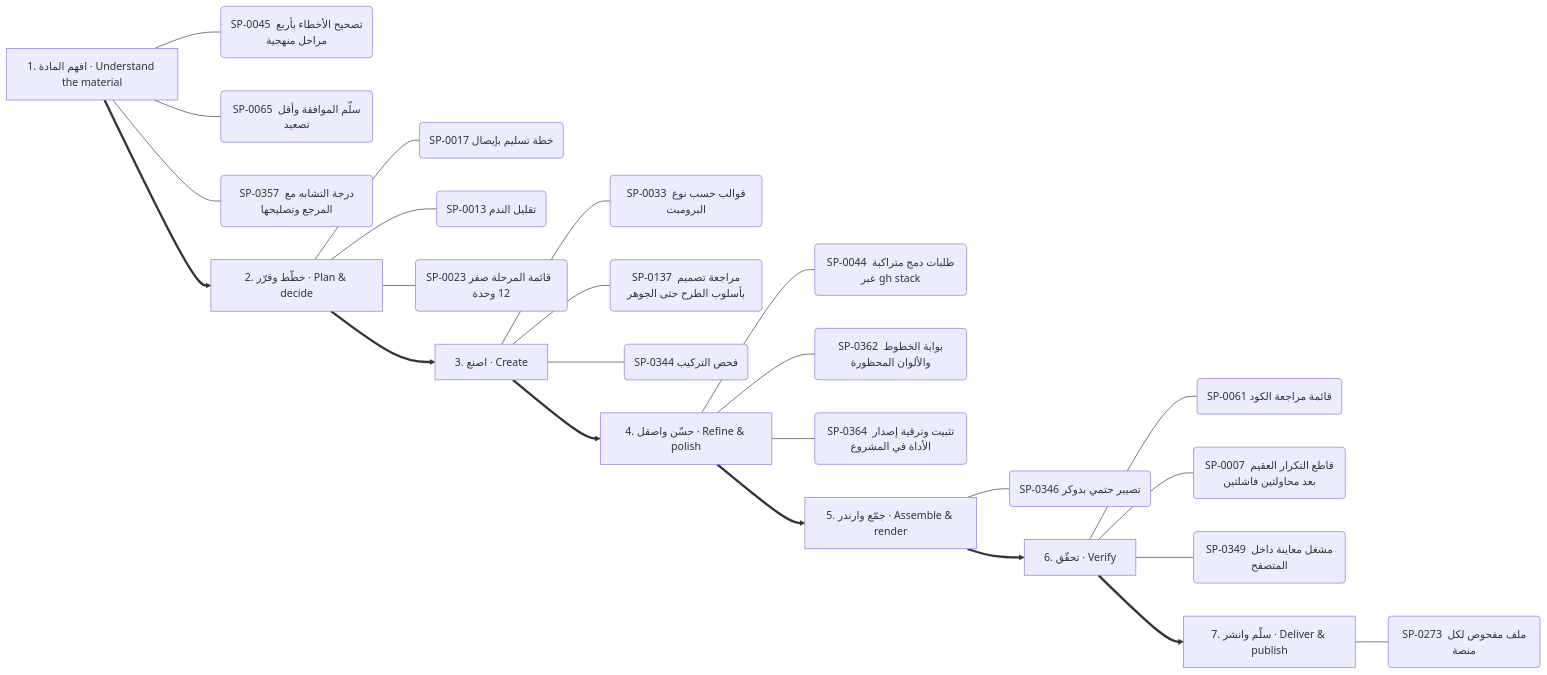
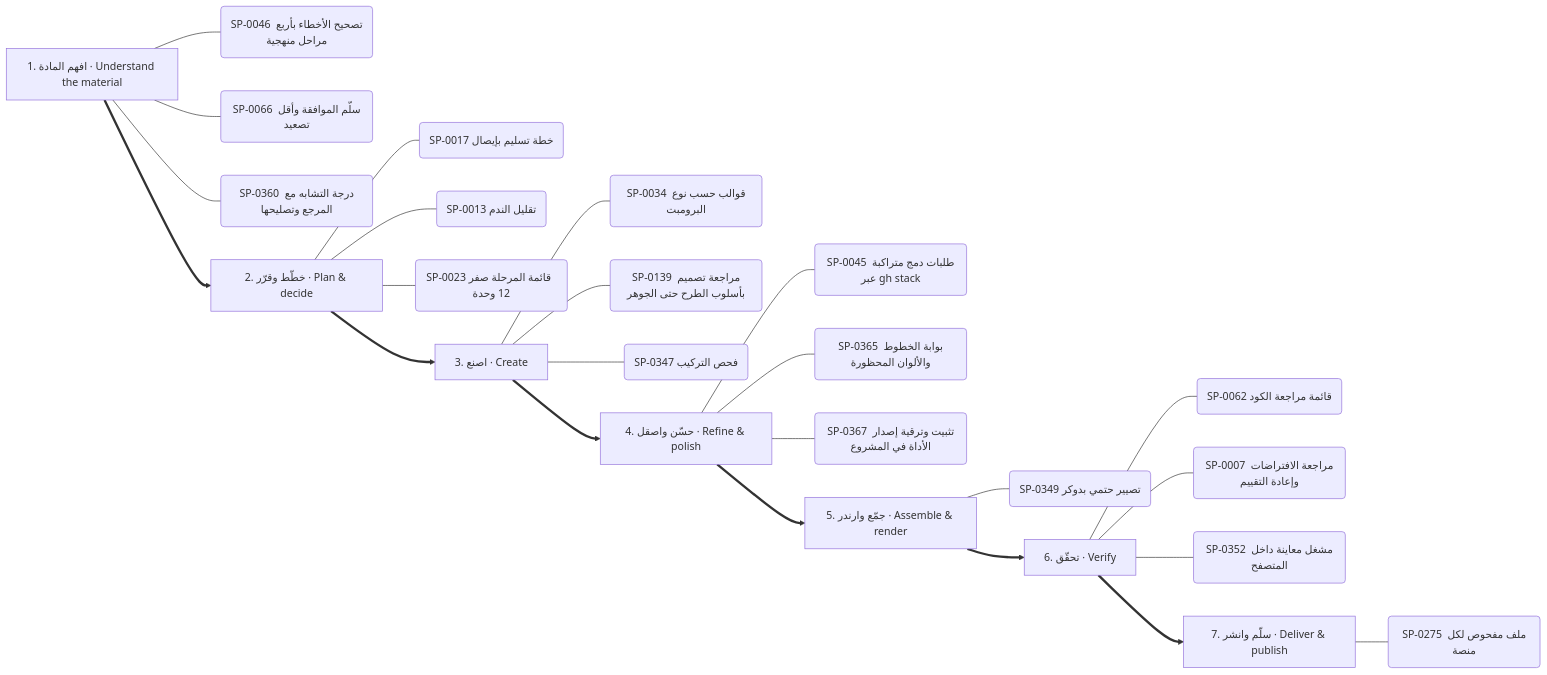
The tenth of 13 diagrams in .claude/skills/kosif-superpowers/references/capability-mindmap.md (kosif199022-jpg/kosif-tool), drawn with Mermaid before and after one commit. The commit also changed other lines of this file and 48 other files, not shown here.

````diff
--- a/.claude/skills/kosif-superpowers/references/capability-mindmap.md
+++ b/.claude/skills/kosif-superpowers/references/capability-mindmap.md
@@ -500,33 +500,33 @@
 ```mermaid
 flowchart LR
   S0["1. افهم المادة · Understand the material"]
-  S0 --- S0_0("SP-0045 تصحيح الأخطاء بأربع مراحل منهجية")
-  S0 --- S0_1("SP-0065 سلّم الموافقة وأقل تصعيد")
-  S0 --- S0_2("SP-0357 درجة التشابه مع المرجع وتصليحها")
+  S0 --- S0_0("SP-0046 تصحيح الأخطاء بأربع مراحل منهجية")
+  S0 --- S0_1("SP-0066 سلّم الموافقة وأقل تصعيد")
+  S0 --- S0_2("SP-0360 درجة التشابه مع المرجع وتصليحها")
   S1["2. خطّط وقرّر · Plan & decide"]
   S1 --- S1_0("SP-0017 خطة تسليم بإيصال")
   S1 --- S1_1("SP-0013 تقليل الندم")
   S1 --- S1_2("SP-0023 قائمة المرحلة صفر  12 وحدة ")
   S0 ==> S1
   S2["3. اصنع · Create"]
-  S2 --- S2_0("SP-0033 قوالب حسب نوع البرومبت")
-  S2 --- S2_1("SP-0137 مراجعة تصميم بأسلوب الطرح حتى الجوهر")
-  S2 --- S2_2("SP-0344 فحص التركيب")
+  S2 --- S2_0("SP-0034 قوالب حسب نوع البرومبت")
+  S2 --- S2_1("SP-0139 مراجعة تصميم بأسلوب الطرح حتى الجوهر")
+  S2 --- S2_2("SP-0347 فحص التركيب")
   S1 ==> S2
   S3["4. حسّن واصقل · Refine & polish"]
-  S3 --- S3_0("SP-0044 طلبات دمج متراكبة عبر gh stack")
-  S3 --- S3_1("SP-0362 بوابة الخطوط والألوان المحظورة")
-  S3 --- S3_2("SP-0364 تثبيت وترقية إصدار الأداة في المشروع")
+  S3 --- S3_0("SP-0045 طلبات دمج متراكبة عبر gh stack")
+  S3 --- S3_1("SP-0365 بوابة الخطوط والألوان المحظورة")
+  S3 --- S3_2("SP-0367 تثبيت وترقية إصدار الأداة في المشروع")
   S2 ==> S3
   S4["5. جمّع وارندر · Assemble & render"]
-  S4 --- S4_0("SP-0346 تصيير حتمي بدوكر")
+  S4 --- S4_0("SP-0349 تصيير حتمي بدوكر")
   S3 ==> S4
   S5["6. تحقّق · Verify"]
-  S5 --- S5_0("SP-0061 قائمة مراجعة الكود")
-  S5 --- S5_1("SP-0007 قاطع التكرار العقيم بعد محاولتين فاشلتين")
-  S5 --- S5_2("SP-0349 مشغل معاينة داخل المتصفح")
+  S5 --- S5_0("SP-0062 قائمة مراجعة الكود")
+  S5 --- S5_1("SP-0007 مراجعة الافتراضات وإعادة التقييم")
+  S5 --- S5_2("SP-0352 مشغل معاينة داخل المتصفح")
   S4 ==> S5
   S6["7. سلّم وانشر · Deliver & publish"]
-  S6 --- S6_0("SP-0273 ملف مفحوص لكل منصة")
+  S6 --- S6_0("SP-0275 ملف مفحوص لكل منصة")
   S5 ==> S6
 ```
````
